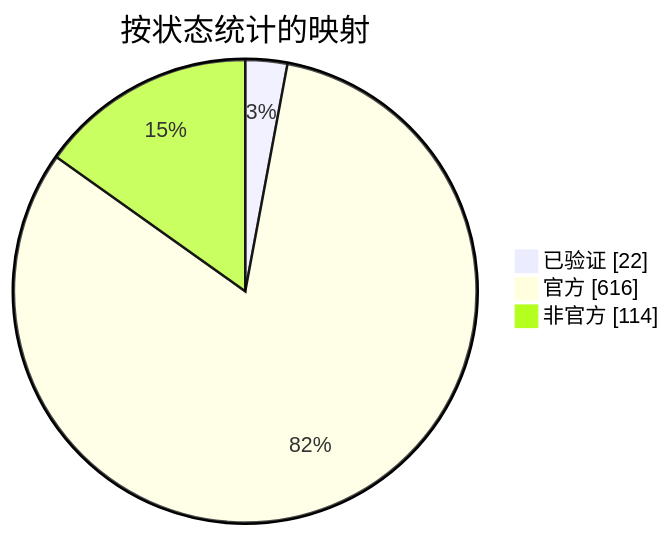
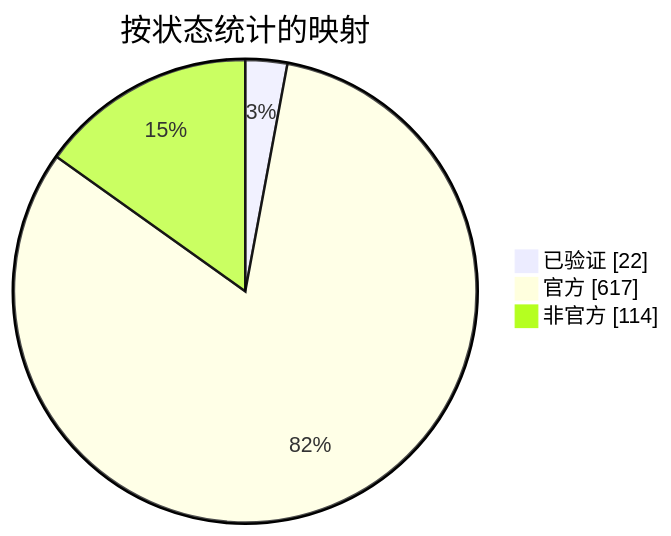
One commit to nobrega8/mbmap-library changed the diagram in docs/readme/README_ZHS.md. Above: the diagram before and after it, drawn with Mermaid. The commit also changed 6 other files, not shown here.

````diff
--- a/docs/readme/README_ZHS.md
+++ b/docs/readme/README_ZHS.md
@@ -54,7 +54,7 @@
 ```mermaid
 pie showData
     title 按状态统计的映射
     "已验证" : 22
-    "官方" : 616
+    "官方" : 617
     "非官方" : 114
 ```
````
